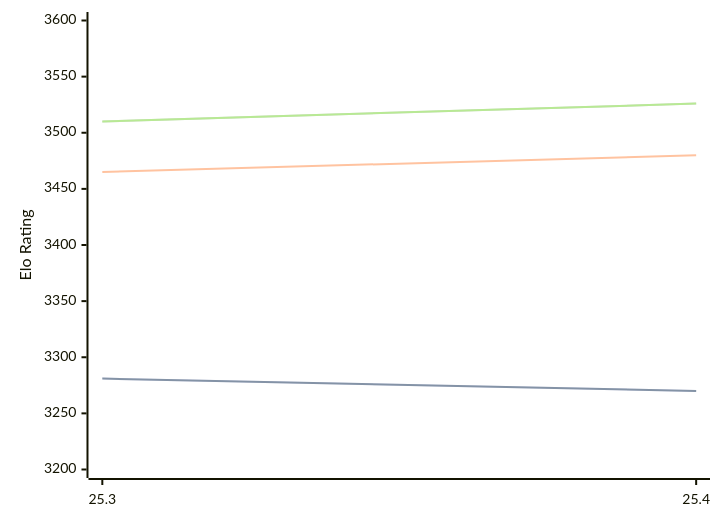
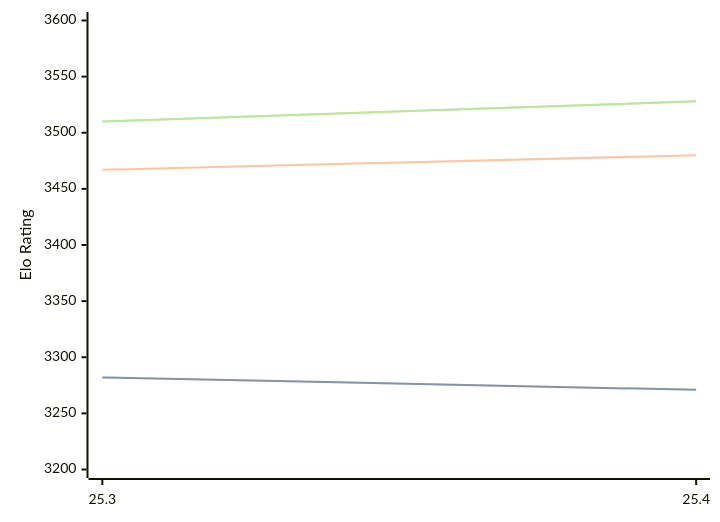
The diagram in engines/Arasan.md (computer-chess-index/cci), drawn with Mermaid before and after one commit. The commit also changed other lines of this file, not shown here.

Commit message:
Update CCI Ratings (ELO VLTC) - 2026-04-19

````diff
--- a/engines/Arasan.md
+++ b/engines/Arasan.md
@@ -33,11 +33,11 @@
 ```mermaid
 %%{init: {"theme":"base","themeVariables":{"seriesColors:['#a3a3a3','#222221','#faa371']}}}%%
 xychart-beta
   x-axis ["25.3", "25.4"]
   y-axis "Elo Rating" 3200 --> 3600
-  line "STC (8.0+0.08s)" [3281, 3270]
-  line "STC (8.0+0.08s)" [3281, 3270]
-  line "LTC (60.0+0.60s)" [3465, 3480]
-  line "VLTC (2m24s+1.12s)" [3510, 3526]
-  line "VLTC (2m24s+1.12s)" [3510, 3526]
+  line "STC (8.0+0.08s)" [3282, 3271]
+  line "STC (8.0+0.08s)" [3282, 3271]
+  line "LTC (60.0+0.60s)" [3467, 3480]
+  line "VLTC (2m24s+1.12s)" [3510, 3528]
+  line "VLTC (2m24s+1.12s)" [3510, 3528]
 ```
````
